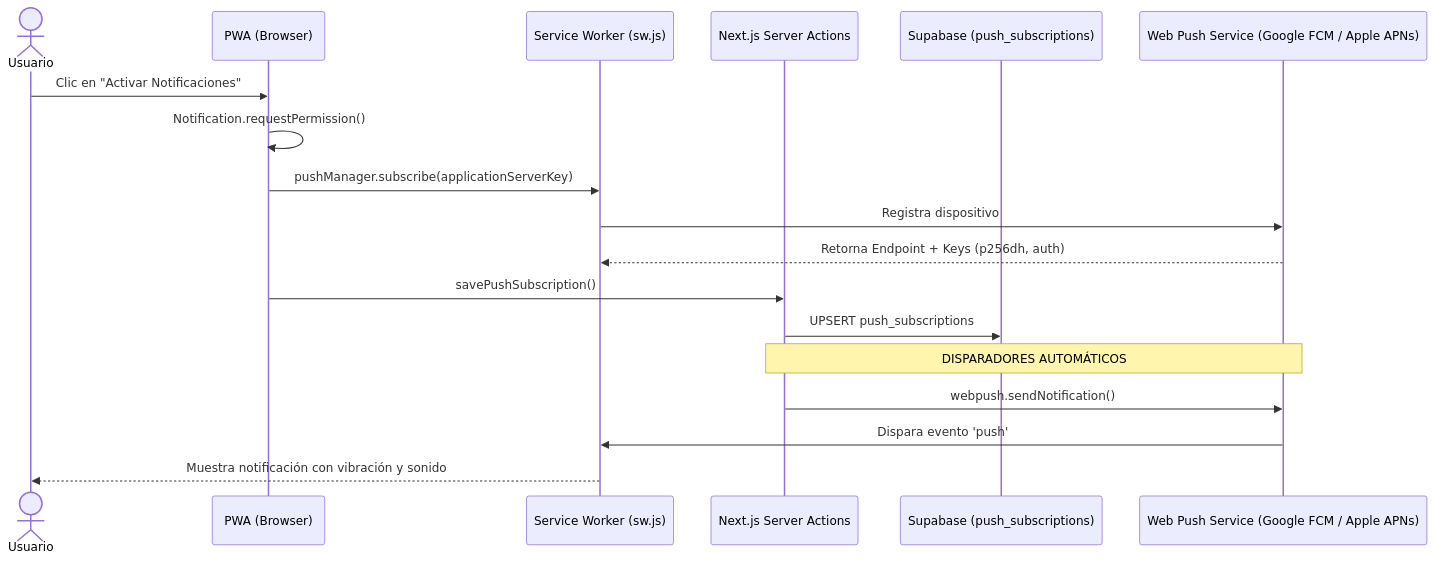
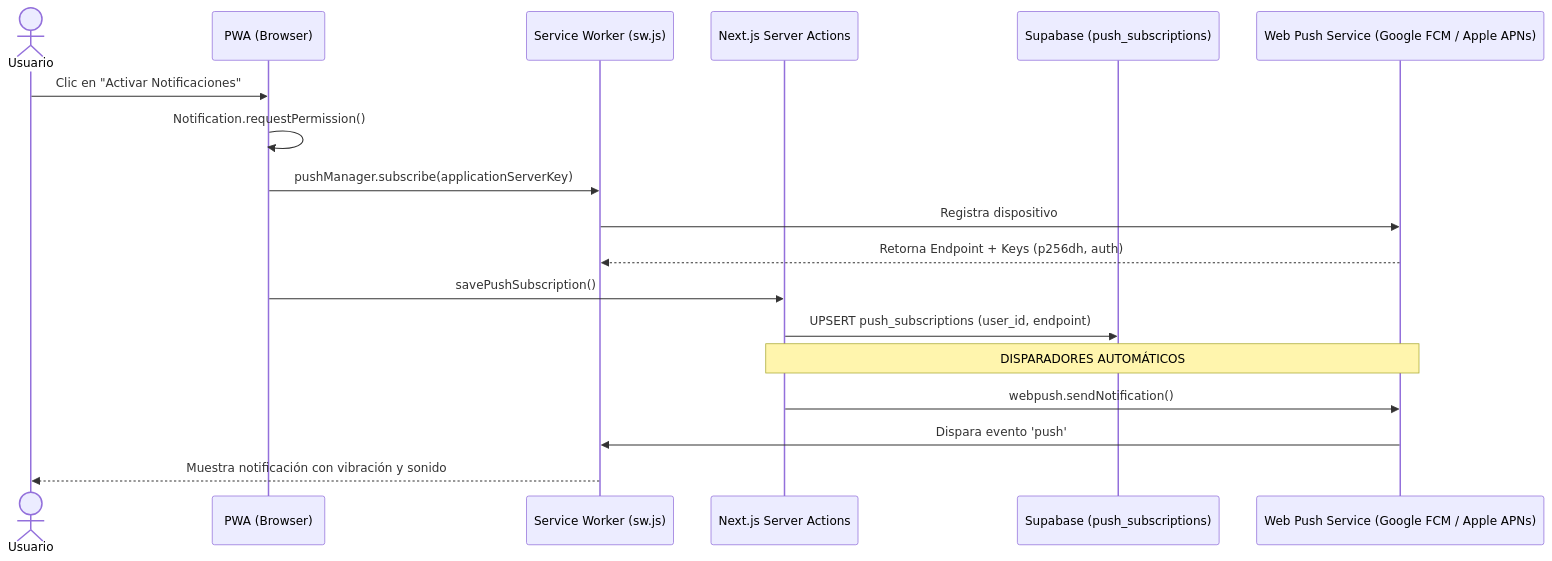
One commit to Aspirador4/NewCampApp changed the diagram in docs/wiki/08_PWA_Y_WEB_PUSH.md. Above: the diagram before and after it, drawn with Mermaid. The commit also changed other lines of this file and 7 other files, not shown here.

````diff
--- a/docs/wiki/08_PWA_Y_WEB_PUSH.md
+++ b/docs/wiki/08_PWA_Y_WEB_PUSH.md
@@ -24,21 +35,21 @@
 ```mermaid
 sequenceDiagram
     actor Usuario
     participant App as PWA (Browser)
     participant SW as Service Worker (sw.js)
     participant Server as Next.js Server Actions
     participant DB as Supabase (push_subscriptions)
     participant PushService as Web Push Service (Google FCM / Apple APNs)
 
     Usuario->>App: Clic en "Activar Notificaciones"
     App->>App: Notification.requestPermission()
     App->>SW: pushManager.subscribe(applicationServerKey)
     SW->>PushService: Registra dispositivo
     PushService-->>SW: Retorna Endpoint + Keys (p256dh, auth)
     App->>Server: savePushSubscription()
-    Server->>DB: UPSERT push_subscriptions
+    Server->>DB: UPSERT push_subscriptions (user_id, endpoint)
     Note over Server,PushService: DISPARADORES AUTOMÁTICOS
     Server->>PushService: webpush.sendNotification()
     PushService->>SW: Dispara evento 'push'
     SW-->>Usuario: Muestra notificación con vibración y sonido
 ```
````
